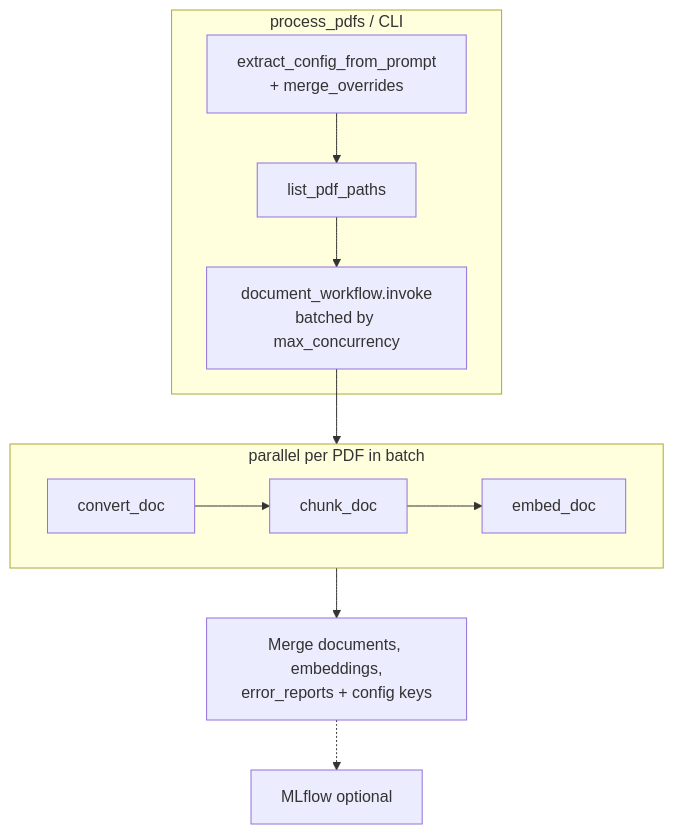
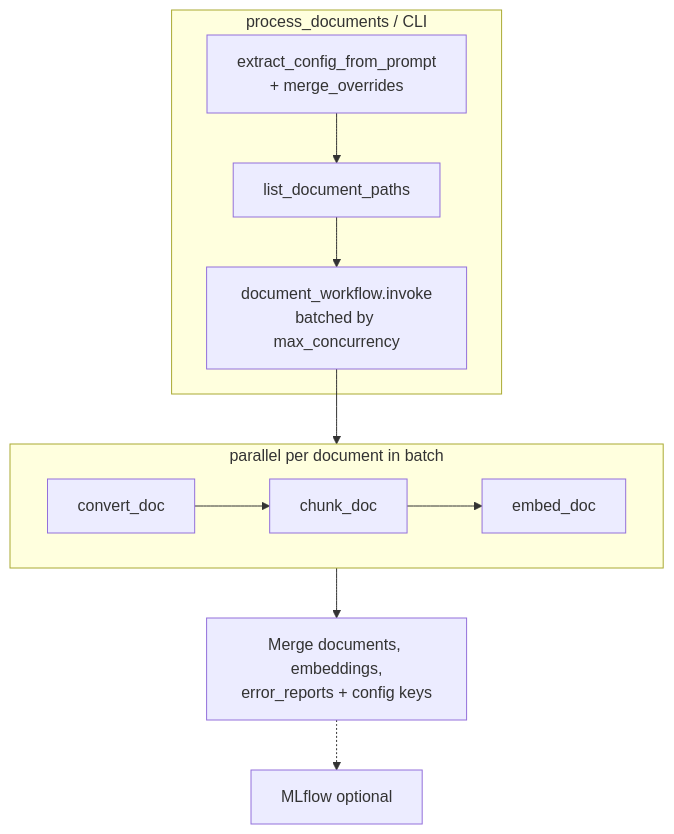
Before and after one commit to mcaimi/docling-agent: the first of 3 diagrams in AGENTS.md, drawn with Mermaid. The commit also changed other lines of this file and 1 other file, not shown here.

````diff
--- a/AGENTS.md
+++ b/AGENTS.md
@@ -98,18 +107,18 @@
 ```mermaid
 flowchart TB
-    subgraph orchestration [process_pdfs / CLI]
+    subgraph orchestration [process_documents / CLI]
         extract["extract_config_from_prompt<br/>+ merge_overrides"]
-        listPDFs["list_pdf_paths"]
+        listDocs["list_document_paths"]
         invoke["document_workflow.invoke<br/>batched by max_concurrency"]
-        extract --> listPDFs --> invoke
+        extract --> listDocs --> invoke
     end
-    subgraph perDoc [parallel per PDF in batch]
+    subgraph perDoc [parallel per document in batch]
         convert[convert_doc]
         chunk[chunk_doc]
         embed[embed_doc]
         convert --> chunk --> embed
     end
     invoke --> perDoc
     perDoc --> merge["Merge documents, embeddings,<br/>error_reports + config keys"]
     merge -.-> mlflow[MLflow optional]
 ```
````
